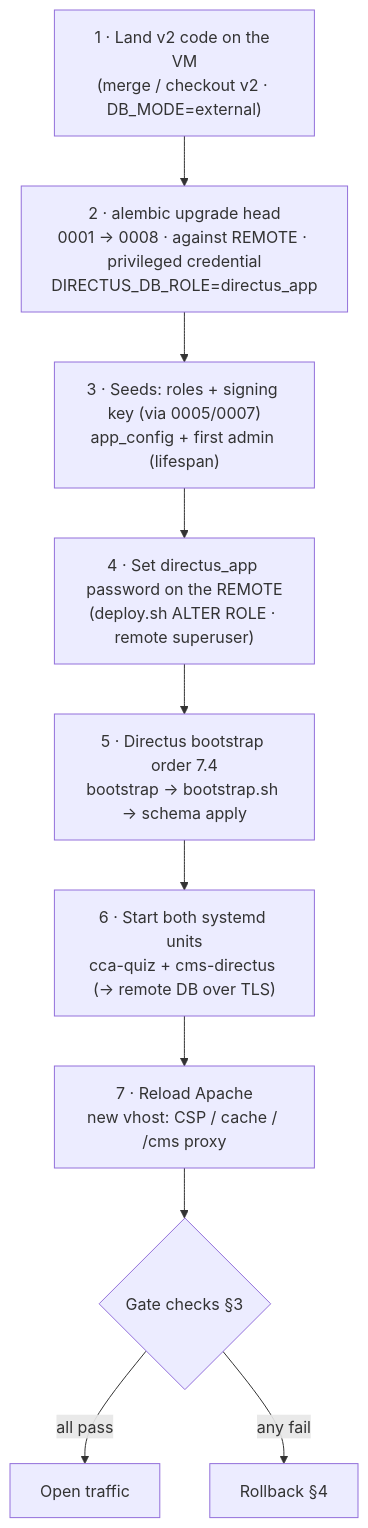
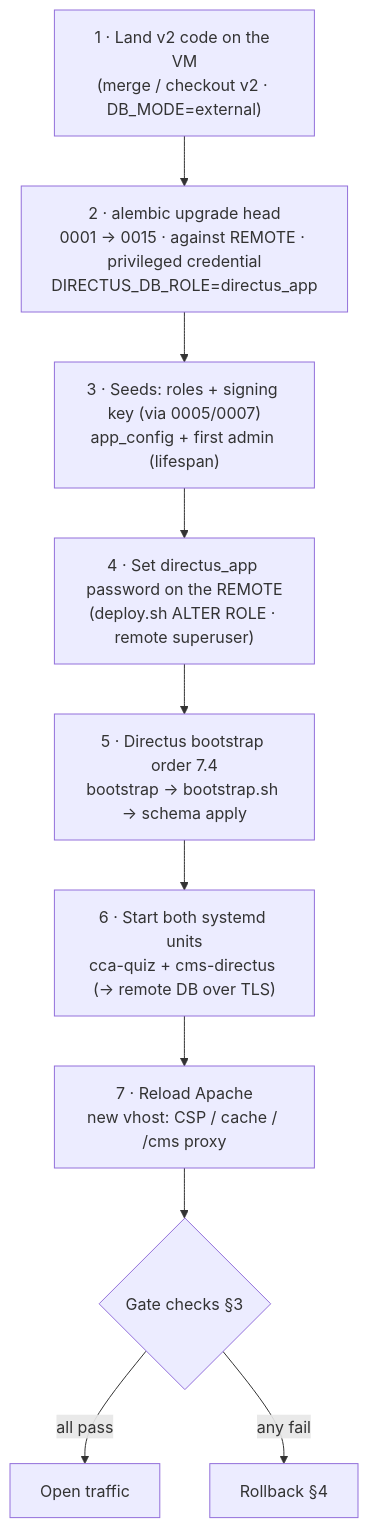
The diagram in docs/architecture/v2/cutover-plan.md (yashmody/code-anatomy), drawn with Mermaid before and after one commit. The commit also changed other lines of this file and 333 other files, not shown here.

````diff
--- a/docs/architecture/v2/cutover-plan.md
+++ b/docs/architecture/v2/cutover-plan.md
@@ -273,12 +273,12 @@
 ```mermaid
 flowchart TD
-    A["1 · Land v2 code on the VM<br/>(merge / checkout v2 · DB_MODE=external)"] --> B["2 · alembic upgrade head<br/>0001 → 0008 · against REMOTE · privileged credential<br/>DIRECTUS_DB_ROLE=directus_app"]
+    A["1 · Land v2 code on the VM<br/>(merge / checkout v2 · DB_MODE=external)"] --> B["2 · alembic upgrade head<br/>0001 → 0015 · against REMOTE · privileged credential<br/>DIRECTUS_DB_ROLE=directus_app"]
     B --> C["3 · Seeds: roles + signing key (via 0005/0007)<br/>app_config + first admin (lifespan)"]
     C --> D["4 · Set directus_app password on the REMOTE<br/>(deploy.sh ALTER ROLE · remote superuser)"]
     D --> E["5 · Directus bootstrap order 7.4<br/>bootstrap → bootstrap.sh → schema apply"]
     E --> F["6 · Start both systemd units<br/>cca-quiz + cms-directus (→ remote DB over TLS)"]
     F --> G["7 · Reload Apache<br/>new vhost: CSP / cache / /cms proxy"]
     G --> H{"Gate checks §3"}
     H -->|all pass| I["Open traffic"]
     H -->|any fail| J["Rollback §4"]
 ```
````
